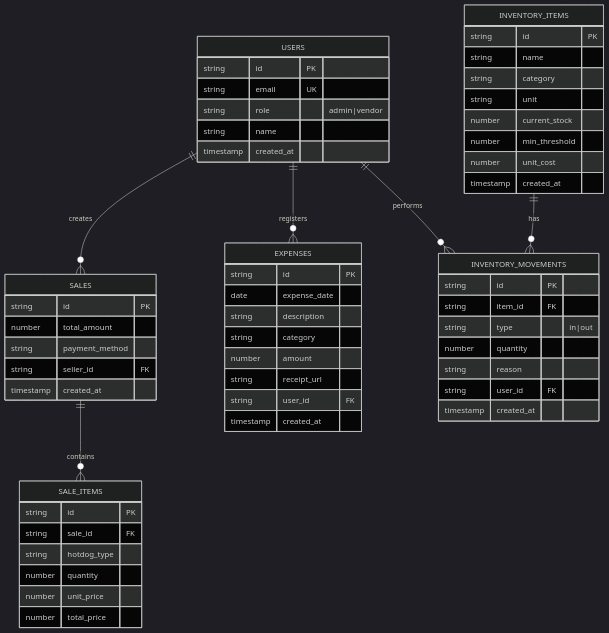
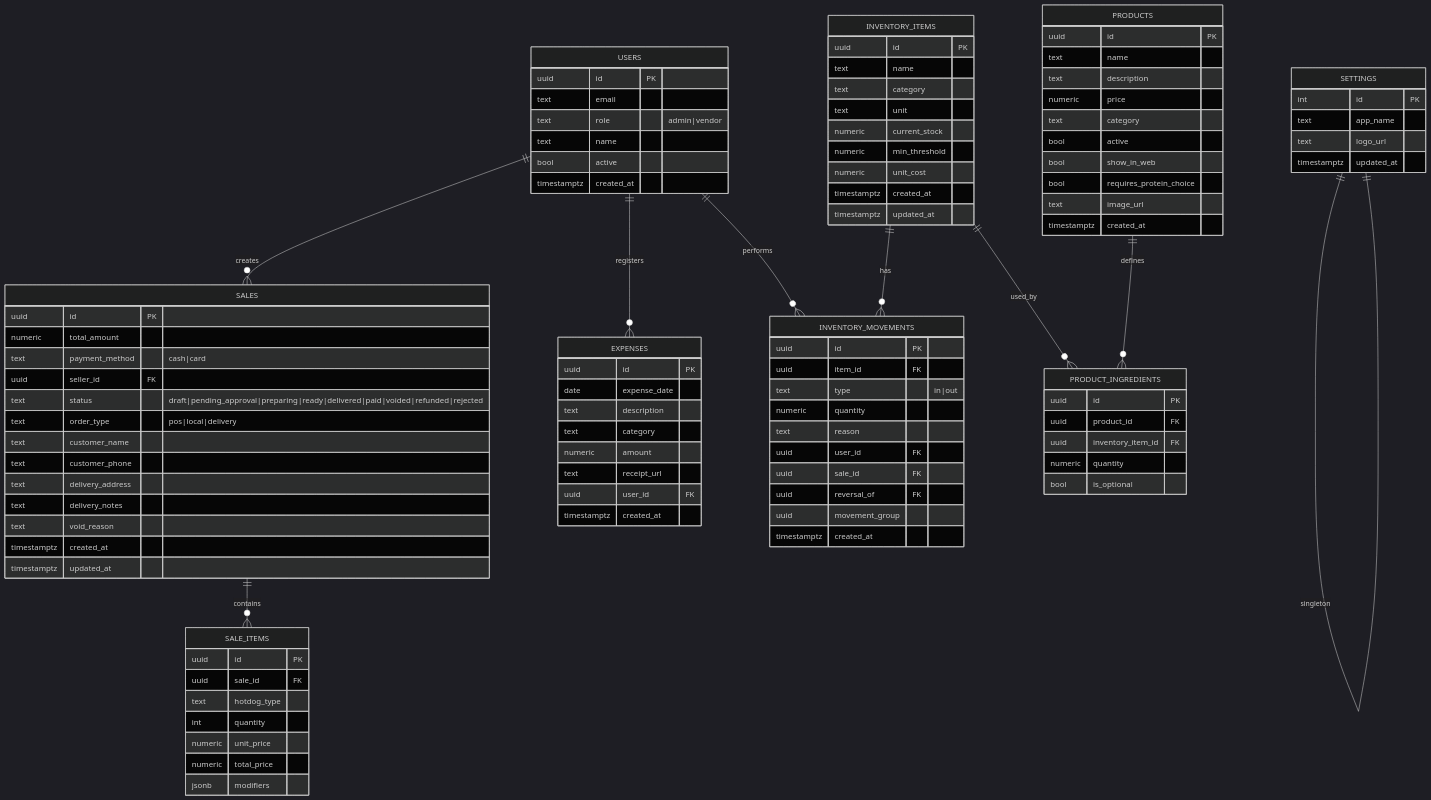
Before and after one commit to AlexisDiaz000/las-perras: the second of 2 diagrams in .trae/documents/technical_architecture_las_perras.md, drawn with Mermaid (dark theme). The commit also changed other lines of this file and 1 other file, not shown here.

````diff
--- a/.trae/documents/technical_architecture_las_perras.md
+++ b/.trae/documents/technical_architecture_las_perras.md
@@ -176,60 +105,107 @@
   INVENTORY_ITEMS ||--o{ INVENTORY_MOVEMENTS : has
   SALES ||--o{ SALE_ITEMS : contains
 
+  PRODUCTS ||--o{ PRODUCT_INGREDIENTS : defines
+  INVENTORY_ITEMS ||--o{ PRODUCT_INGREDIENTS : used_by
+
+  SETTINGS ||--|| SETTINGS : singleton
+
   USERS {
-    string id PK
-    string email UK
-    string role "admin|vendor"
-    string name
-    timestamp created_at
+    uuid id PK
+    text email
+    text role "admin|vendor"
+    text name
+    bool active
+    timestamptz created_at
+  }
+
+  SALES {
+    uuid id PK
+    numeric total_amount
+    text payment_method "cash|card"
+    uuid seller_id FK
+    text status "draft|pending_approval|preparing|ready|delivered|paid|voided|refunded|rejected"
+    text order_type "pos|local|delivery"
+    text customer_name
+    text customer_phone
+    text delivery_address
+    text delivery_notes
+    text void_reason
+    timestamptz created_at
+    timestamptz updated_at
+  }
+
+  SALE_ITEMS {
+    uuid id PK
+    uuid sale_id FK
+    text hotdog_type
+    int quantity
+    numeric unit_price
+    numeric total_price
+    jsonb modifiers
   }
 
   INVENTORY_ITEMS {
-    string id PK
-    string name
-    string category
-    string unit
-    number current_stock
-    number min_threshold
-    number unit_cost
-    timestamp created_at
+    uuid id PK
+    text name
+    text category
+    text unit
+    numeric current_stock
+    numeric min_threshold
+    numeric unit_cost
+    timestamptz created_at
+    timestamptz updated_at
   }
 
   INVENTORY_MOVEMENTS {
-    string id PK
-    string item_id FK
-    string type "in|out"
-    number quantity
-    string reason
-    string user_id FK
-    timestamp created_at
+    uuid id PK
+    uuid item_id FK
+    text type "in|out"
+    numeric quantity
+    text reason
+    uuid user_id FK
+    uuid sale_id FK
+    uuid reversal_of FK
+    uuid movement_group
+    timestamptz created_at
   }
 
-  SALES {
-    string id PK
-    number total_amount
-    string payment_method
-    string seller_id FK
-    timestamp created_at
+  PRODUCTS {
+    uuid id PK
+    text name
+    text description
+    numeric price
+    text category
+    bool active
+    bool show_in_web
+    bool requires_protein_choice
+    text image_url
+    timestamptz created_at
   }
 
-  SALE_ITEMS {
-    string id PK
-    string sale_id FK
-    string hotdog_type
-    number quantity
-    number unit_price
-    number total_price
+  PRODUCT_INGREDIENTS {
+    uuid id PK
+    uuid product_id FK
+    uuid inventory_item_id FK
+    numeric quantity
+    bool is_optional
   }
 
   EXPENSES {
-    string id PK
+    uuid id PK
     date expense_date
-    string description
-    string category
-    number amount
-    string receipt_url
-    string user_id FK
-    timestamp created_at
+    text description
+    text category
+    numeric amount
+    text receipt_url
+    uuid user_id FK
+    timestamptz created_at
+  }
+
+  SETTINGS {
+    int id PK
+    text app_name
+    text logo_url
+    timestamptz updated_at
   }
 ```
````
